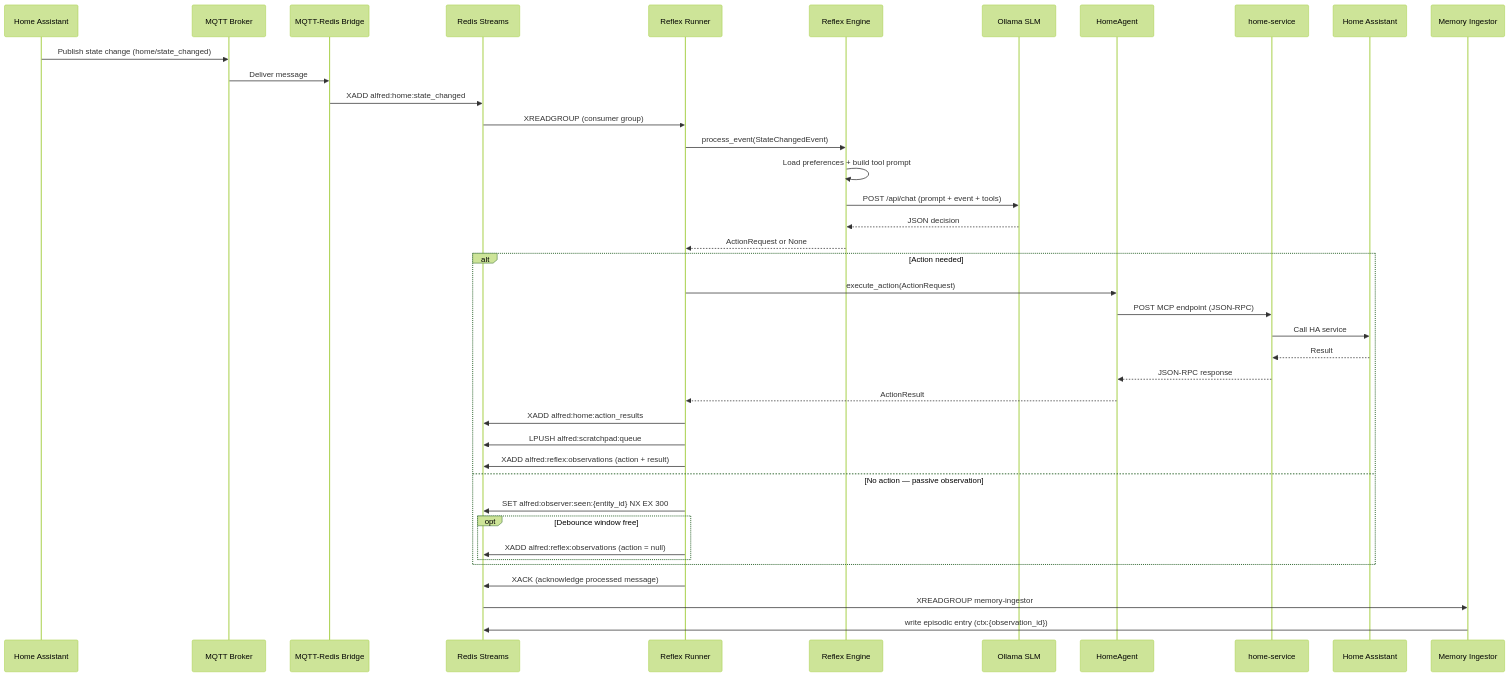
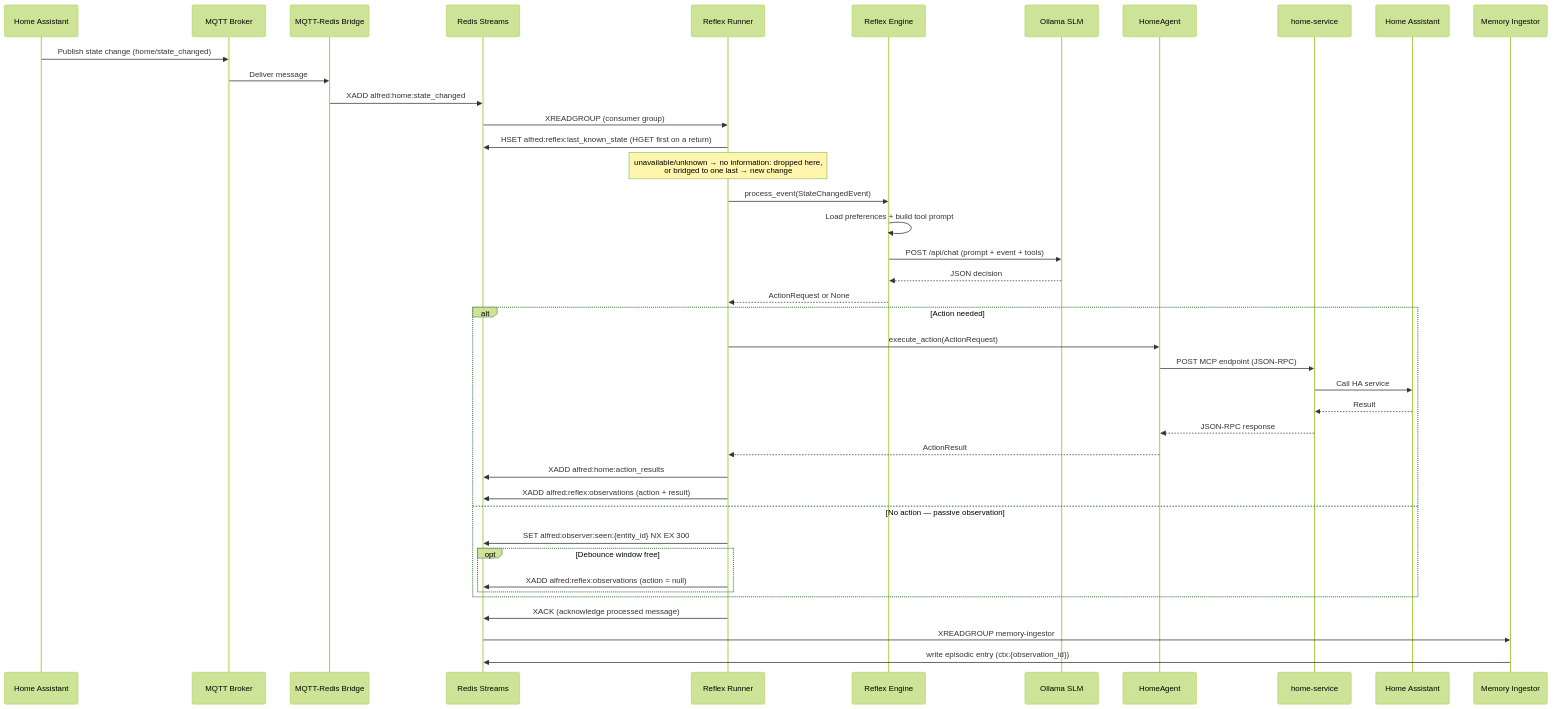
One commit to anirudhlath/alfred changed the second of 5 diagrams in docs/architecture.md. Above: the diagram before and after it, drawn with Mermaid (forest theme). The commit also changed other lines of this file and 13 other files, not shown here.

````diff
--- a/docs/architecture.md
+++ b/docs/architecture.md
@@ -68,43 +68,44 @@
 ```mermaid
 sequenceDiagram
     participant HA as Home Assistant
     participant MQTT as MQTT Broker
     participant Bridge as MQTT-Redis Bridge
     participant Redis as Redis Streams
     participant Runner as Reflex Runner
     participant Engine as Reflex Engine
     participant Ollama as Ollama SLM
     participant Agent as HomeAgent
     participant Svc as home-service
     participant HA2 as Home Assistant
     participant Ing as Memory Ingestor
 
     HA->>MQTT: Publish state change (home/state_changed)
     MQTT->>Bridge: Deliver message
     Bridge->>Redis: XADD alfred:home:state_changed
     Redis->>Runner: XREADGROUP (consumer group)
+    Runner->>Redis: HSET alfred:reflex:last_known_state (HGET first on a return)
+    Note over Runner: unavailable/unknown → no information: dropped here,<br/>or bridged to one last → new change
     Runner->>Engine: process_event(StateChangedEvent)
     Engine->>Engine: Load preferences + build tool prompt
     Engine->>Ollama: POST /api/chat (prompt + event + tools)
     Ollama-->>Engine: JSON decision
     Engine-->>Runner: ActionRequest or None
     alt Action needed
         Runner->>Agent: execute_action(ActionRequest)
         Agent->>Svc: POST MCP endpoint (JSON-RPC)
         Svc->>HA2: Call HA service
         HA2-->>Svc: Result
         Svc-->>Agent: JSON-RPC response
         Agent-->>Runner: ActionResult
         Runner->>Redis: XADD alfred:home:action_results
-        Runner->>Redis: LPUSH alfred:scratchpad:queue
         Runner->>Redis: XADD alfred:reflex:observations (action + result)
     else No action — passive observation
         Runner->>Redis: SET alfred:observer:seen:{entity_id} NX EX 300
         opt Debounce window free
             Runner->>Redis: XADD alfred:reflex:observations (action = null)
         end
     end
     Runner->>Redis: XACK (acknowledge processed message)
     Redis->>Ing: XREADGROUP memory-ingestor
     Ing->>Redis: write episodic entry (ctx:{observation_id})
 ```
````
